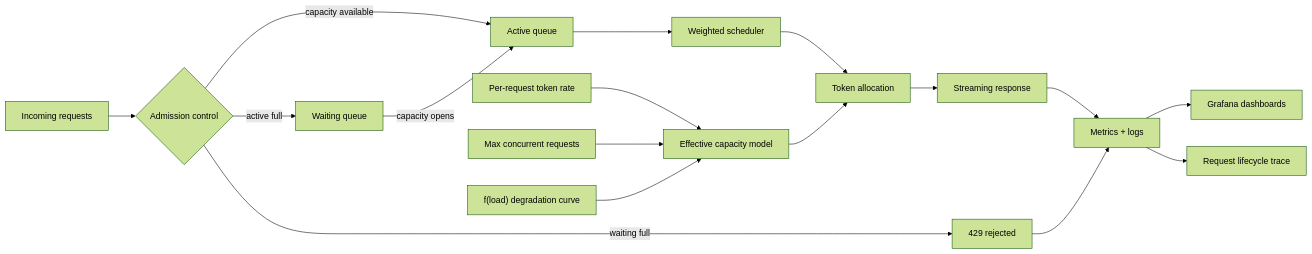
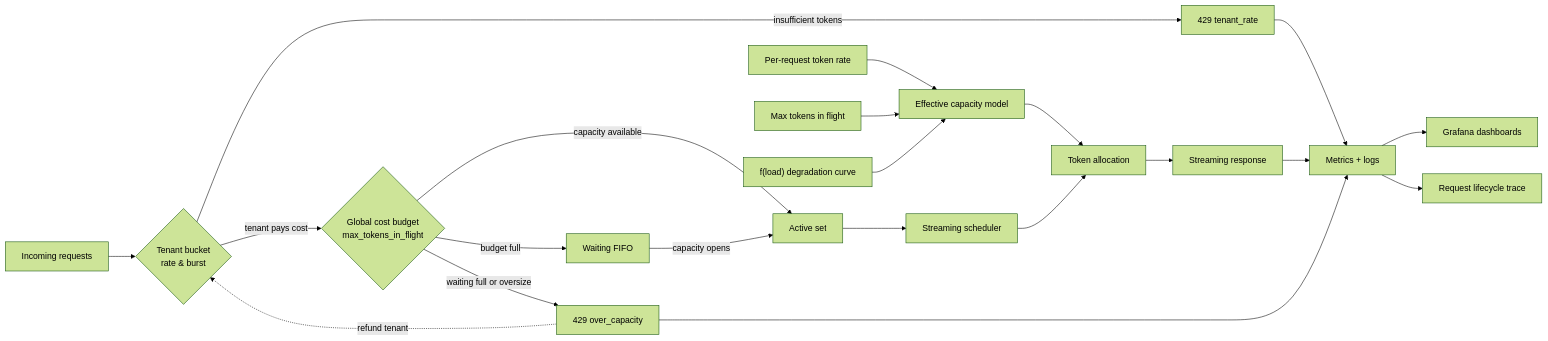
One commit to bartr/vllm changed the diagram in system-design.md. Above: the diagram before and after it, drawn with Mermaid (forest theme). The commit also changed other lines of this file and 32 other files, not shown here.

````diff
--- a/system-design.md
+++ b/system-design.md
@@ -114,26 +115,30 @@
 ```mermaid
 flowchart LR
-    A[Incoming requests] --> B{Admission control}
+    A[Incoming requests] --> T{Tenant bucket<br/>rate &amp; burst}
+    T -->|insufficient tokens| E1[429 tenant_rate]
+    T -->|tenant pays cost| B{Global cost budget<br/>max_tokens_in_flight}
 
-    B -->|capacity available| C[Active queue]
-    B -->|active full| D[Waiting queue]
-    B -->|waiting full| E[429 rejected]
+    B -->|capacity available| C[Active set]
+    B -->|budget full| D[Waiting FIFO]
+    B -->|waiting full or oversize| E2[429 over_capacity]
+    E2 -.refund tenant.-> T
 
-    C --> F[Weighted scheduler]
+    C --> F[Streaming scheduler]
     F --> G[Token allocation]
 
     H[Per-request token rate] --> I[Effective capacity model]
-    J[Max concurrent requests] --> I
+    J[Max tokens in flight] --> I
     K["f(load) degradation curve"] --> I
 
     I --> G
     G --> L[Streaming response]
 
     D -->|capacity opens| C
 
     L --> M[Metrics + logs]
-    E --> M
+    E1 --> M
+    E2 --> M
 
     M --> N[Grafana dashboards]
     M --> O[Request lifecycle trace]
 ```
````
